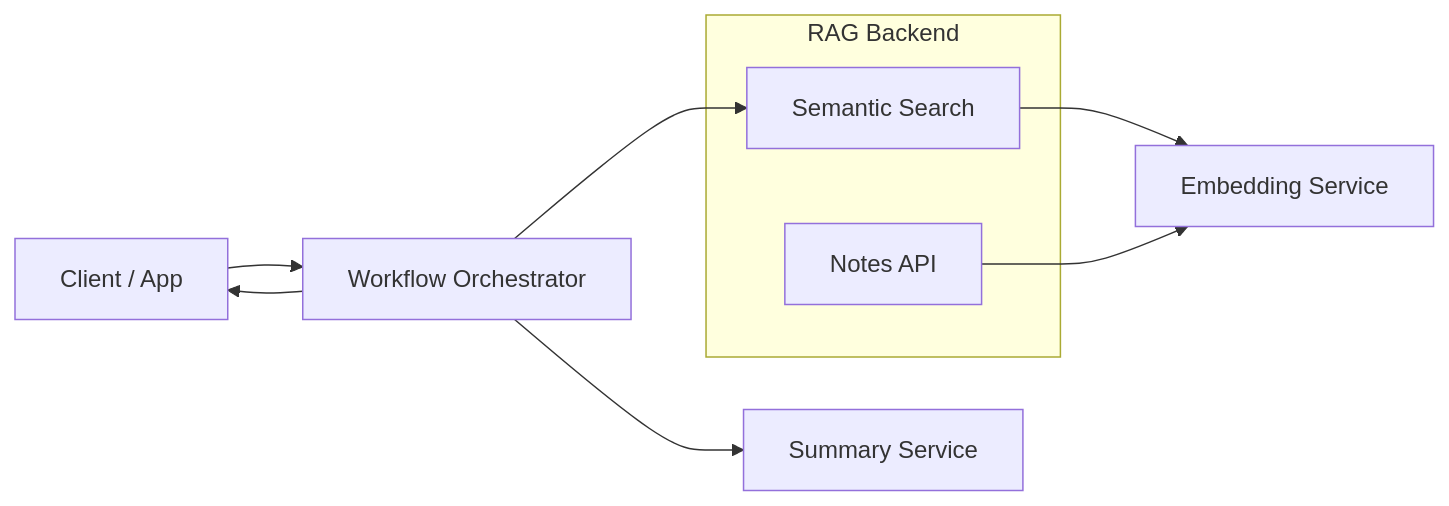
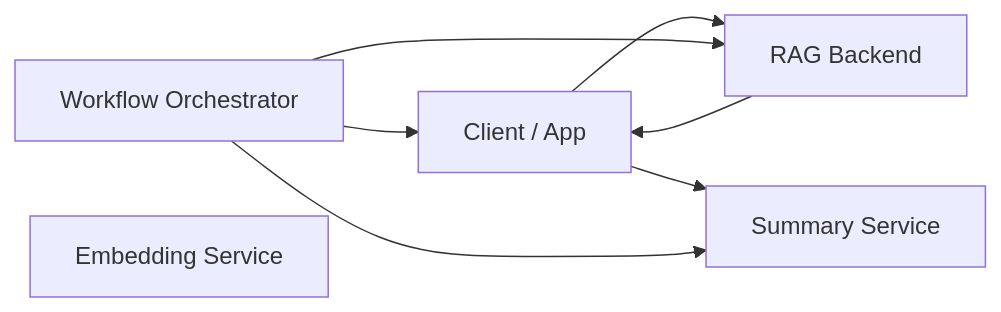
The diagram in profile/README.md (ai-backend-course/.github), drawn with Mermaid before and after one commit.

Commit message:
Update architecture overview

````diff
--- a/profile/README.md
+++ b/profile/README.md
@@ -14,24 +14,23 @@
 ```mermaid
 flowchart LR
 
     Client[Client / App]
 
-    subgraph RAG_Backend[RAG Backend]
-        Notes[Notes API]
-        VectorSearch[Semantic Search]
-    end
-
-    Embeddings[Embedding Service]
+    RAG[RAG Backend]
     Summary[Summary Service]
     Orchestrator[Workflow Orchestrator]
+    Embeddings[Embedding Service]
 
-    Client --> Orchestrator
-    Orchestrator --> VectorSearch
-    VectorSearch --> Embeddings
+    Client --> RAG
+    RAG --> Client
+
+    Client --> Summary
+
+    Orchestrator --> RAG
     Orchestrator --> Summary
     Orchestrator --> Client
 
-    Notes --> Embeddings
-
+    %% Standalone utility
+    Embeddings
 
 ```
````
